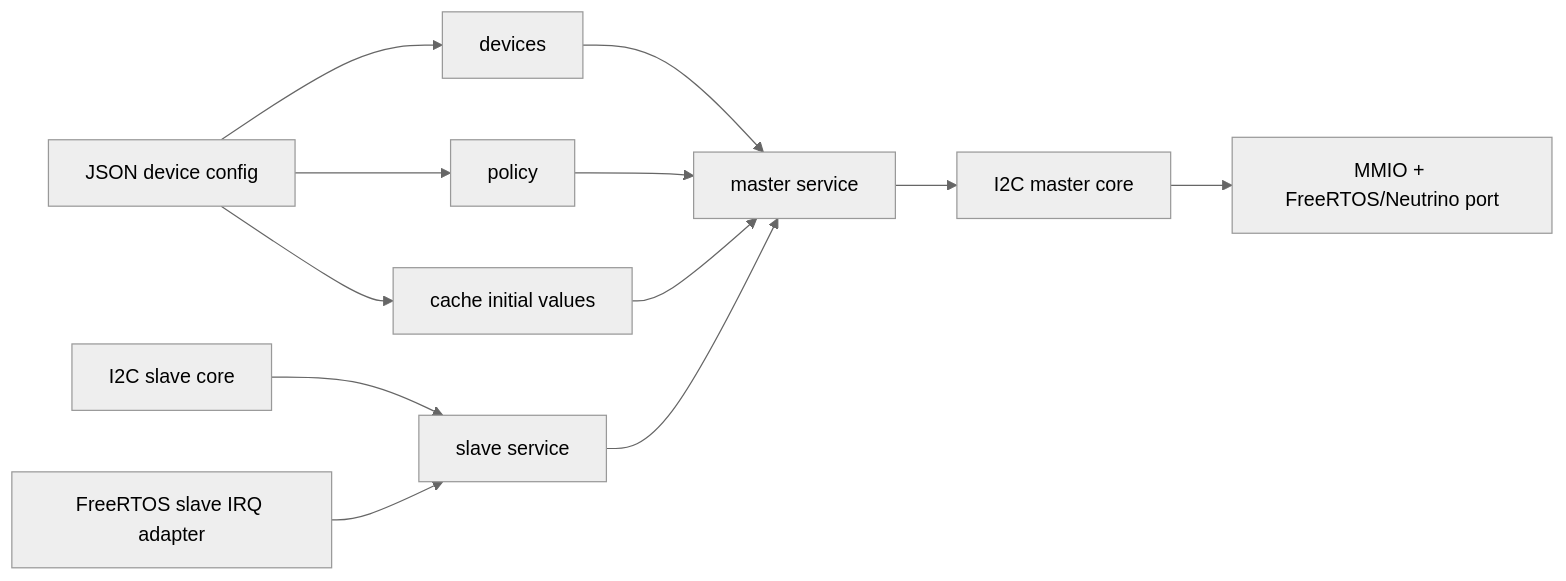
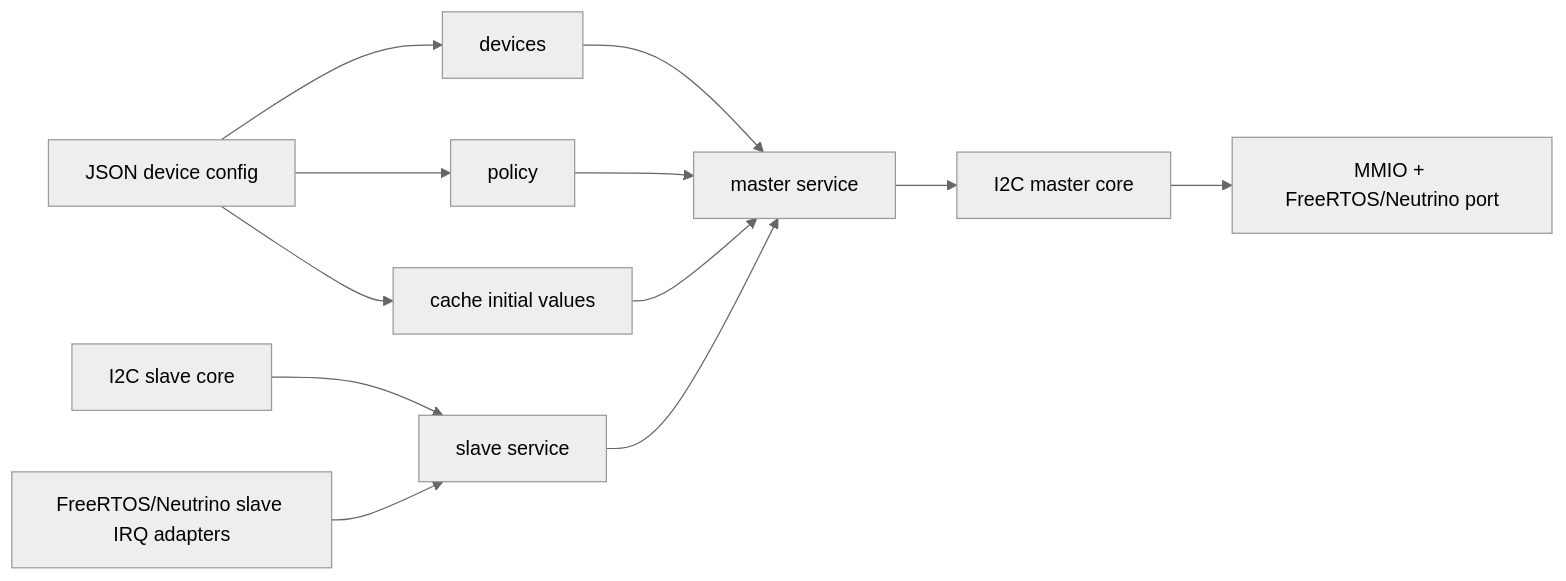
Before and after one commit to igtrefilov/bvstk: the second of 4 diagrams in docs/dev/pl-cores.md, drawn with Mermaid (neutral theme). The commit also changed other lines of this file and 46 other files, not shown here.

````diff
--- a/docs/dev/pl-cores.md
+++ b/docs/dev/pl-cores.md
@@ -52,14 +52,14 @@
 ```mermaid
 flowchart LR
     Config[JSON device config] --> Devices[devices]
     Config --> Policy[policy]
     Config --> Cache[cache initial values]
     Devices --> Master[master service]
     Policy --> Master
     Cache --> Master
     Master --> Core[I2C master core]
     Core --> Port[MMIO + FreeRTOS/Neutrino port]
     SlaveCore[I2C slave core] --> SlaveService[slave service]
     SlaveService --> Master
-    IRQ[FreeRTOS slave IRQ adapter] --> SlaveService
+    IRQ["FreeRTOS/Neutrino slave IRQ adapters"] --> SlaveService
 ```
````
